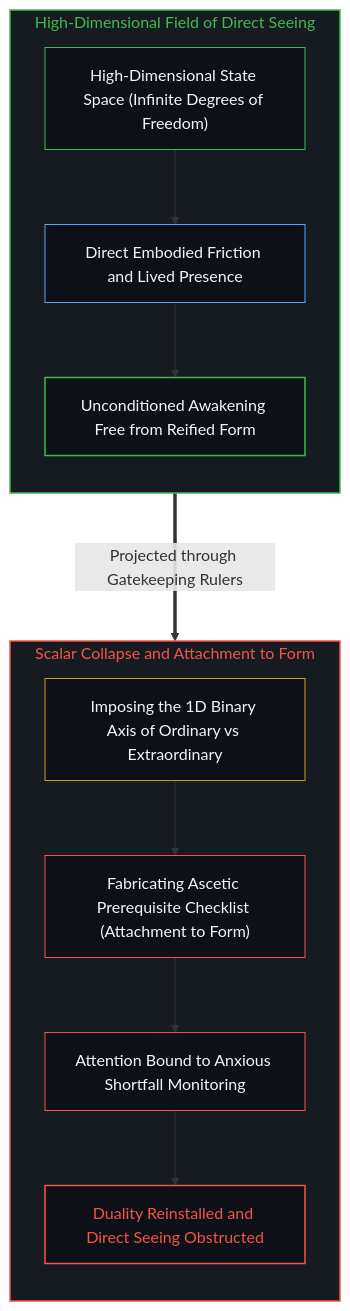
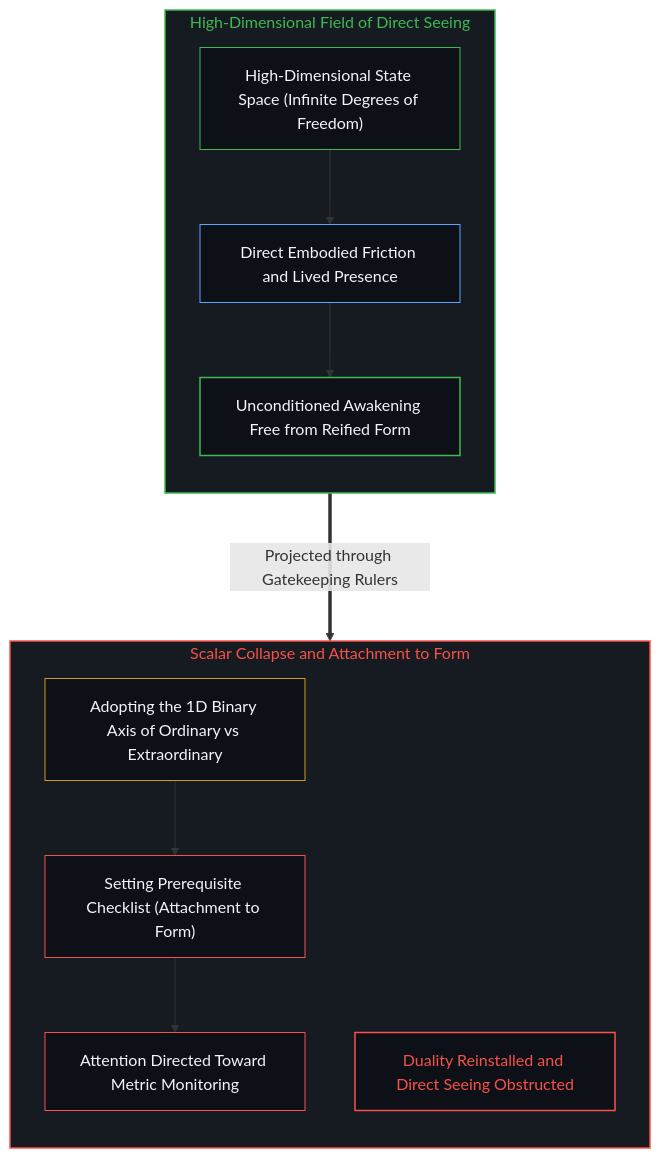
The second of 4 diagrams in content/posts/the-form-of-enlightenment-and-the-inversion-of-gates.md (powerpig99/not-a-toe), drawn with Mermaid before and after one commit. The commit also changed other lines of this file and 2 other files, not shown here.

````diff
--- a/content/posts/the-form-of-enlightenment-and-the-inversion-of-gates.md
+++ b/content/posts/the-form-of-enlightenment-and-the-inversion-of-gates.md
@@ -47,27 +47,27 @@
 ```mermaid
 graph TD
     subgraph S_DirectSeeing_EN ["High-Dimensional Field of Direct Seeing"]
         direction TB
         DSE_Infinite["High-Dimensional State Space (Infinite Degrees of Freedom)"] --> DSE_Present["Direct Embodied Friction and Lived Presence"]
         DSE_Present --> DSE_Unbound["Unconditioned Awakening Free from Reified Form"]
     end
 
     subgraph S_FormCollapse_EN ["Scalar Collapse and Attachment to Form"]
         direction TB
-        FCE_Filter["Imposing the 1D Binary Axis of Ordinary vs Extraordinary"] --> FCE_Checklist["Fabricating Ascetic Prerequisite Checklist (Attachment to Form)"]
-        FCE_Checklist --> FCE_Monitoring["Attention Bound to Anxious Shortfall Monitoring"]
-        FCE_Monitoring --> FCE_Lock["Duality Reinstalled and Direct Seeing Obstructed"]
+        FCE_Filter["Adopting the 1D Binary Axis of Ordinary vs Extraordinary"] --> FCE_Checklist["Setting Prerequisite Checklist (Attachment to Form)"]
+        FCE_Checklist --> FCE_Monitoring["Attention Directed Toward Metric Monitoring"]
+        FCE_Lock["Duality Reinstalled and Direct Seeing Obstructed"]
     end
 
     DSE_Infinite ===>|"Projected through Gatekeeping Rulers"| FCE_Filter
 
     style S_DirectSeeing_EN fill:#161b22,stroke:#3fb950,stroke-width:1.5px,color:#3fb950
     style S_FormCollapse_EN fill:#161b22,stroke:#f85149,stroke-width:1.5px,color:#f85149
     style DSE_Infinite fill:#0d1117,stroke:#3fb950,stroke-width:1px,color:#f0f6fc
     style DSE_Present fill:#0d1117,stroke:#58a6ff,stroke-width:1px,color:#f0f6fc
     style DSE_Unbound fill:#0d1117,stroke:#3fb950,stroke-width:1.5px,color:#f0f6fc
     style FCE_Filter fill:#0d1117,stroke:#d29922,stroke-width:1px,color:#f0f6fc
     style FCE_Checklist fill:#0d1117,stroke:#f85149,stroke-width:1px,color:#f0f6fc
     style FCE_Monitoring fill:#0d1117,stroke:#f85149,stroke-width:1px,color:#f0f6fc
     style FCE_Lock fill:#0d1117,stroke:#f85149,stroke-width:1.5px,color:#f85149
 ```
````
